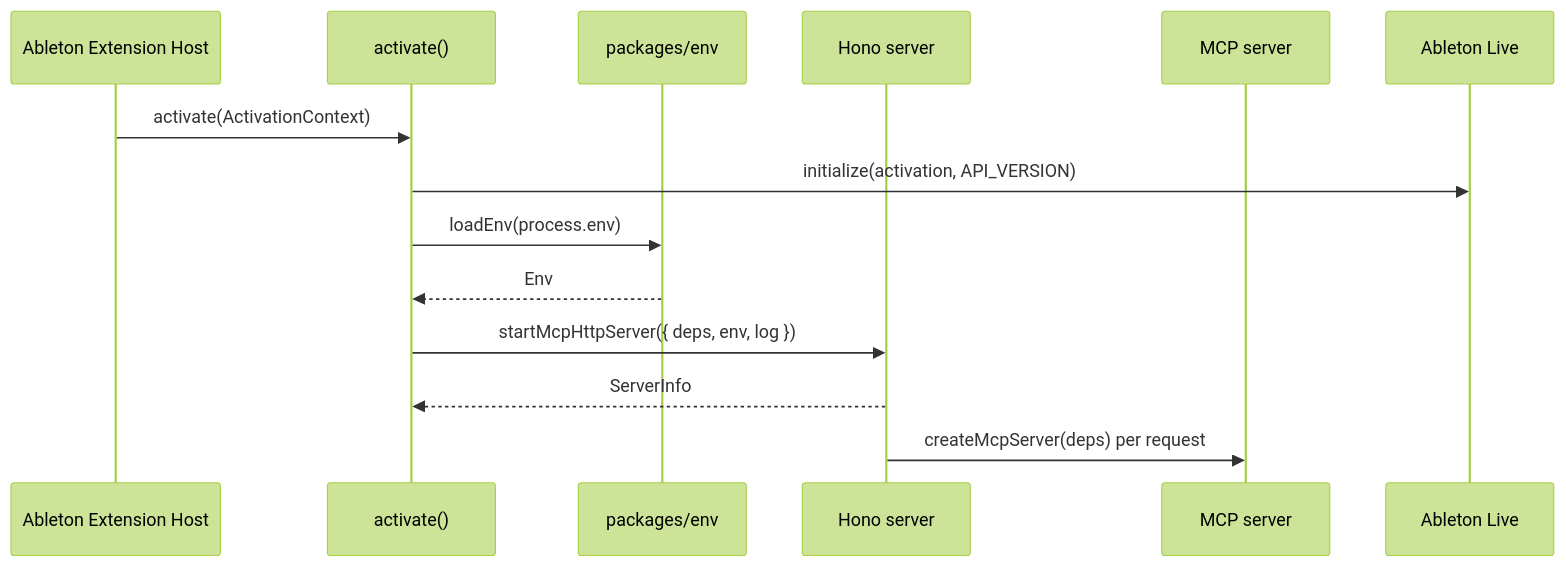
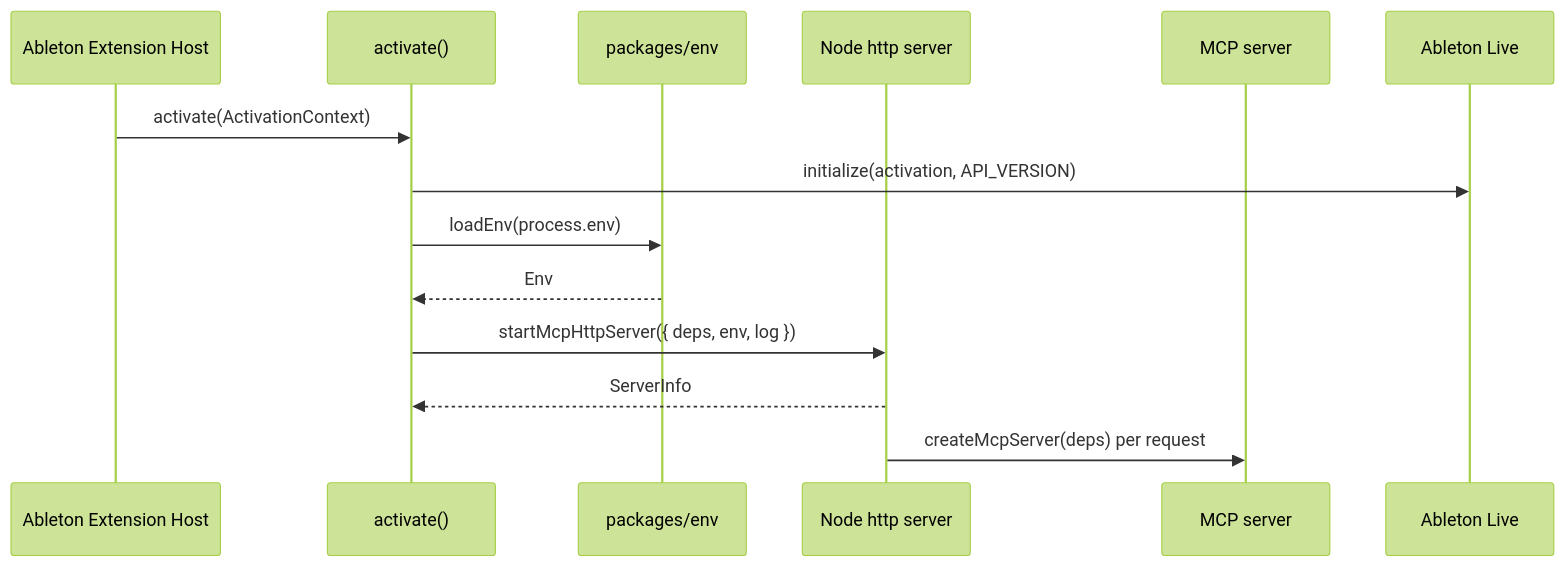
The third of 6 diagrams in llm/ARCHITECTURE.md (philtzjp/live-connector), drawn with Mermaid (forest theme) before and after one commit. The commit also changed other lines of this file and 8 other files, not shown here.

Commit message:
refactor(repo): MCP トランスポートを Node http に移行する

````diff
--- a/llm/ARCHITECTURE.md
+++ b/llm/ARCHITECTURE.md
@@ -81,17 +81,17 @@
 ```mermaid
 sequenceDiagram
     participant host as Ableton Extension Host
     participant extension as activate()
     participant env as packages/env
-    participant http as Hono server
+    participant http as Node http server
     participant mcp as MCP server
     participant live as Ableton Live
 
     host->>extension: activate(ActivationContext)
     extension->>live: initialize(activation, API_VERSION)
     extension->>env: loadEnv(process.env)
     env-->>extension: Env
     extension->>http: startMcpHttpServer({ deps, env, log })
     http-->>extension: ServerInfo
     http->>mcp: createMcpServer(deps) per request
 ```
````
